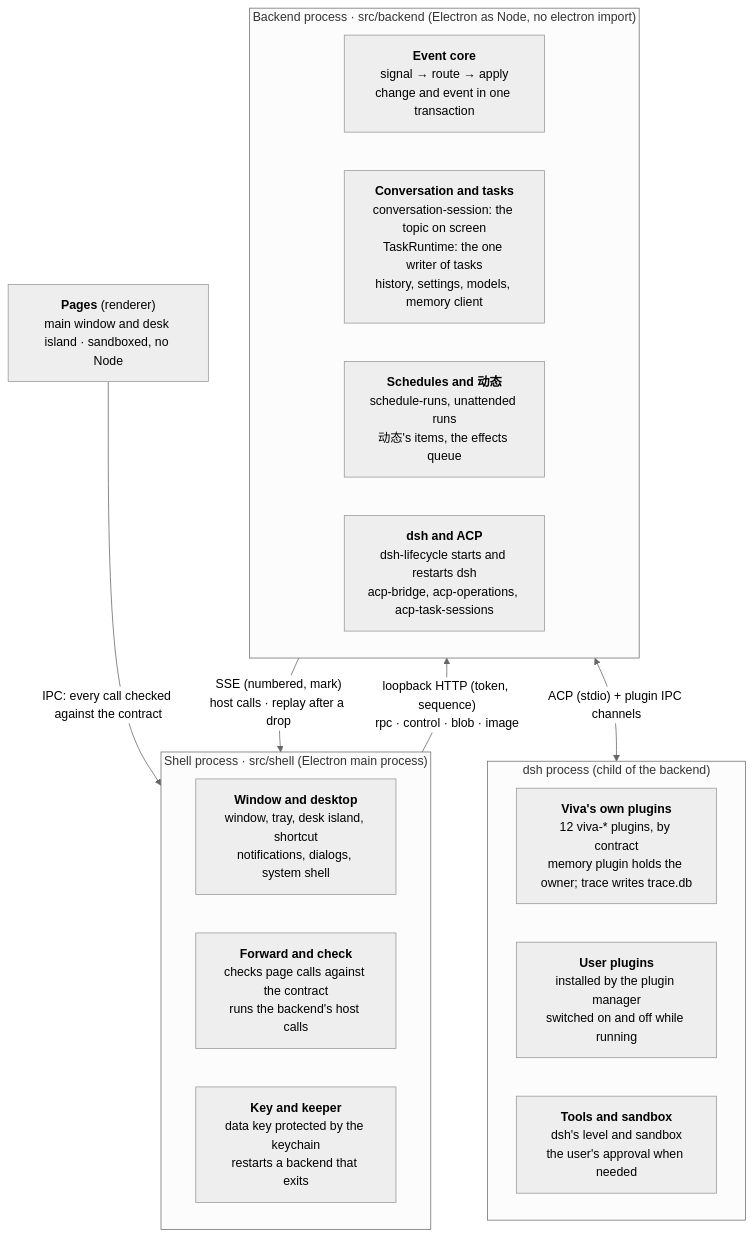
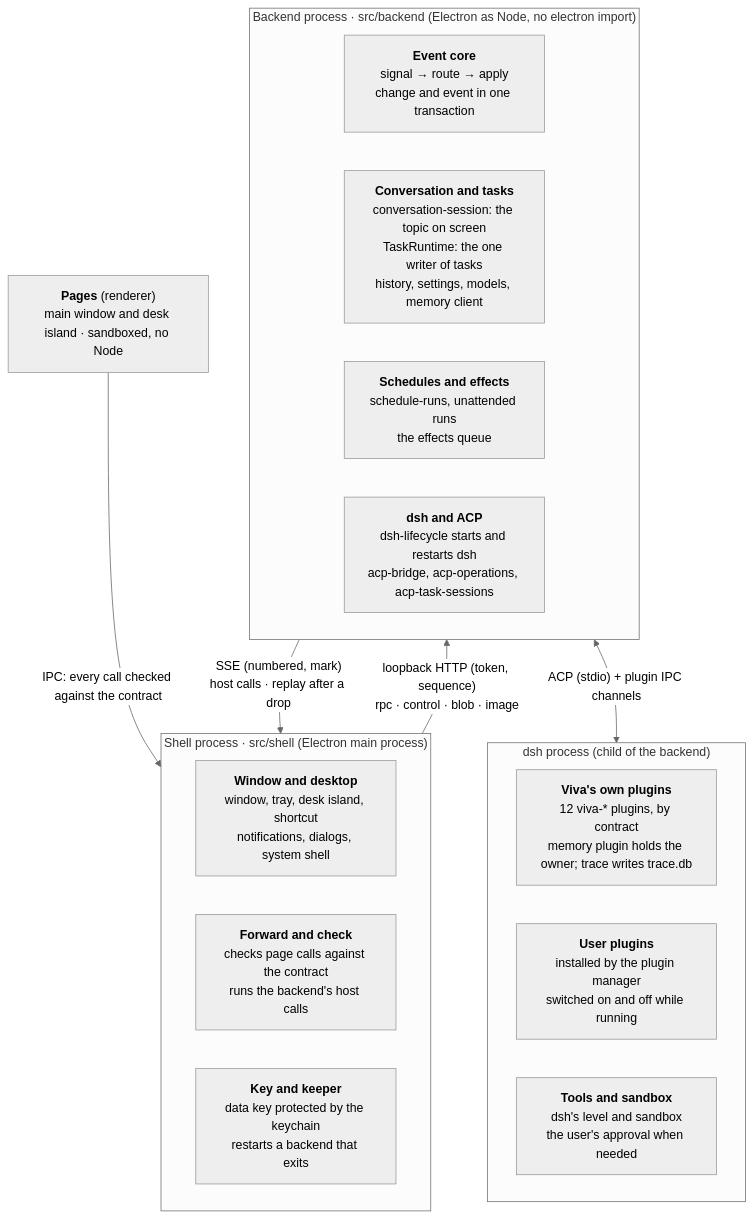
One commit to JNS0724/Viva changed the diagram in docs/system-design.md. Above: the diagram before and after it, drawn with Mermaid (neutral theme). The commit also changed other lines of this file and 159 other files, not shown here.

First line of the commit message:
refactor(schedules): remove feed, add Schedules hub page, and report due runs to main conversation (#188)

````diff
--- a/docs/system-design.md
+++ b/docs/system-design.md
@@ -24,24 +24,24 @@
 ```mermaid
 flowchart TB
   pages["<b>Pages</b> (renderer)<br/>main window and desk island · sandboxed, no Node"]
   subgraph shell["Shell process · src/shell (Electron main process)"]
     s1["<b>Window and desktop</b><br/>window, tray, desk island, shortcut<br/>notifications, dialogs, system shell"]
     s2["<b>Forward and check</b><br/>checks page calls against the contract<br/>runs the backend's host calls"]
     s3["<b>Key and keeper</b><br/>data key protected by the keychain<br/>restarts a backend that exits"]
   end
   subgraph backend["Backend process · src/backend (Electron as Node, no electron import)"]
     b1["<b>Event core</b><br/>signal → route → apply<br/>change and event in one transaction"]
     b2["<b>Conversation and tasks</b><br/>conversation-session: the topic on screen<br/>TaskRuntime: the one writer of tasks<br/>history, settings, models, memory client"]
-    b3["<b>Schedules and 动态</b><br/>schedule-runs, unattended runs<br/>动态's items, the effects queue"]
+    b3["<b>Schedules and effects</b><br/>schedule-runs, unattended runs<br/>the effects queue"]
     b4["<b>dsh and ACP</b><br/>dsh-lifecycle starts and restarts dsh<br/>acp-bridge, acp-operations, acp-task-sessions"]
   end
   subgraph dsh["dsh process (child of the backend)"]
     d1["<b>Viva's own plugins</b><br/>12 viva-* plugins, by contract<br/>memory plugin holds the owner; trace writes trace.db"]
     d2["<b>User plugins</b><br/>installed by the plugin manager<br/>switched on and off while running"]
     d3["<b>Tools and sandbox</b><br/>dsh's level and sandbox<br/>the user's approval when needed"]
   end
   pages -- "IPC: every call checked against the contract" --> shell
   shell -- "loopback HTTP (token, sequence)<br/>rpc · control · blob · image" --> backend
   backend -- "SSE (numbered, mark)<br/>host calls · replay after a drop" --> shell
   backend <-->|"ACP (stdio) + plugin IPC channels"| dsh
 ```
````
